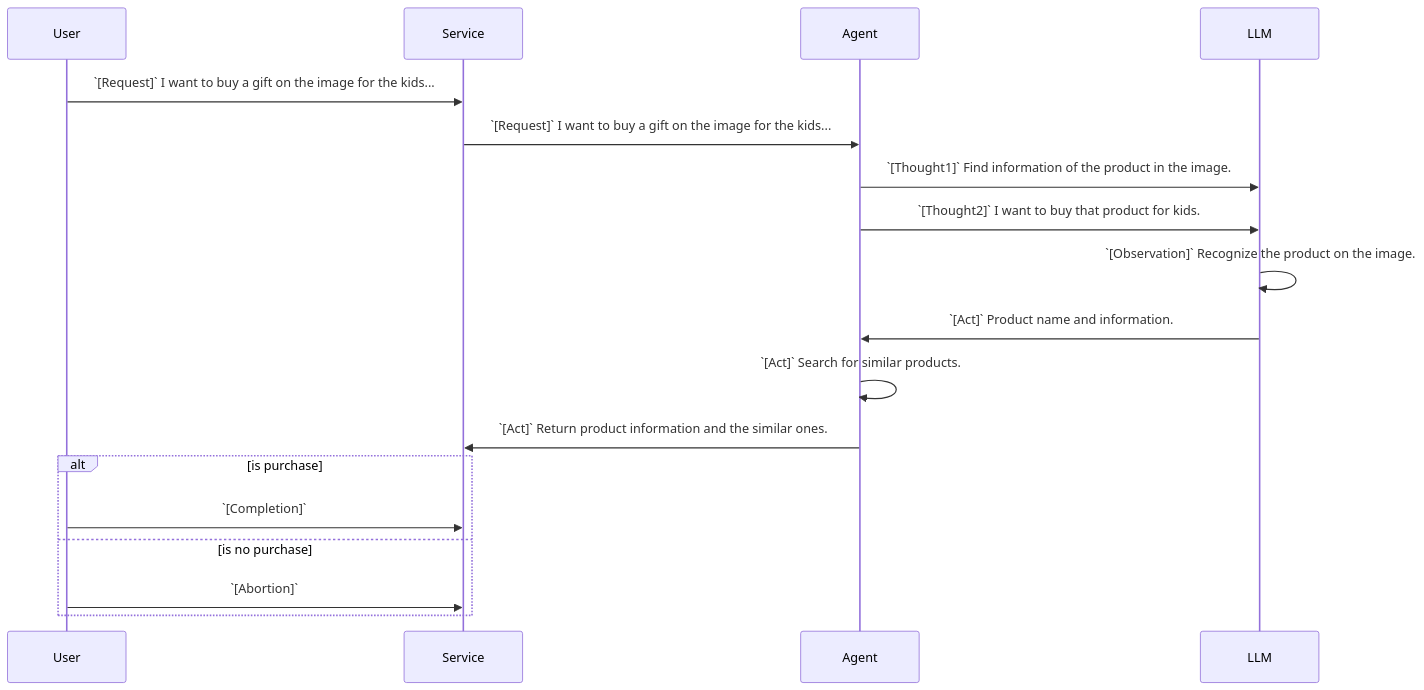
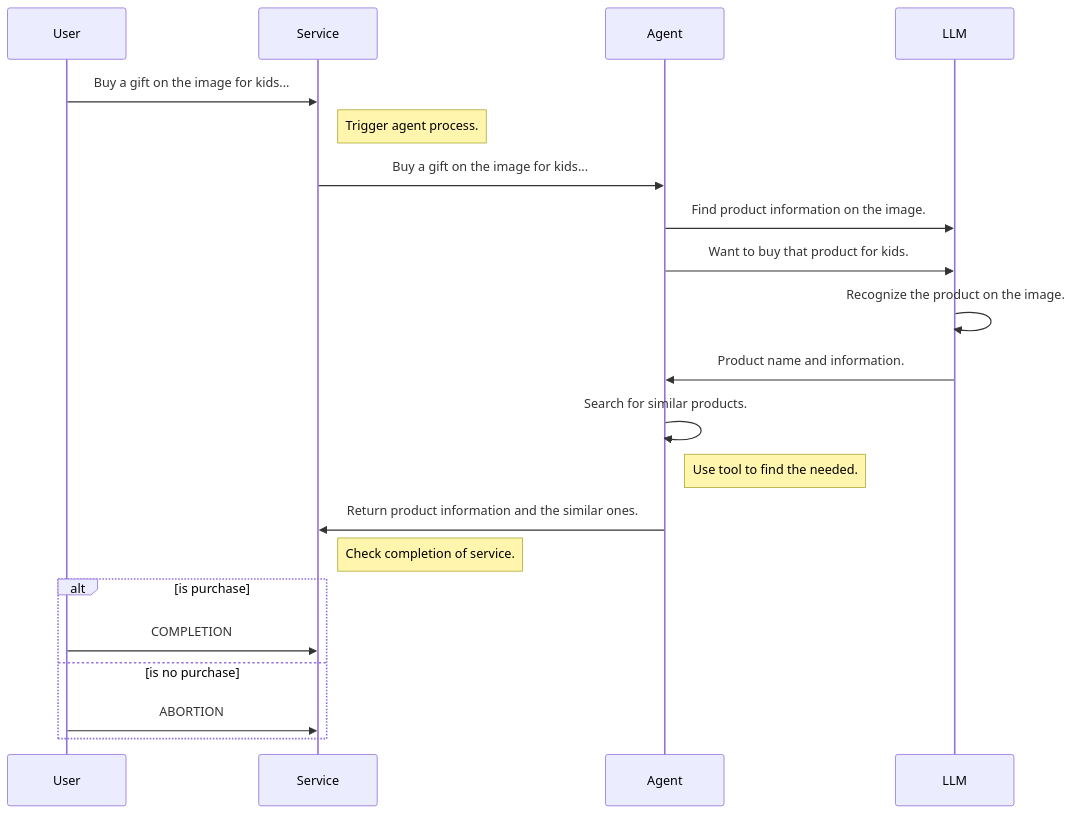
One commit to yueguoguo/yueguoguo.github.io changed the third of 4 diagrams in _posts/2024-11-31-service-as-a-software.md. Above: the diagram before and after it, drawn with Mermaid. The commit also changed other lines of this file, not shown here.

Commit message:
update diagrams

```diff
--- a/_posts/2024-11-31-service-as-a-software.md
+++ b/_posts/2024-11-31-service-as-a-software.md
@@ -179,16 +173,19 @@
 <div class="mermaid">
 sequenceDiagram
-    User->>Service: `[Request]` I want to buy a gift on the image for the kids...
-    Service->>Agent: `[Request]` I want to buy a gift on the image for the kids...
-    Agent->>LLM: `[Thought1]` Find information of the product in the image.
-    Agent->>LLM: `[Thought2]` I want to buy that product for kids.
-    LLM->>LLM: `[Observation]` Recognize the product on the image. 
-    LLM->>Agent: `[Act]` Product name and information.
-    Agent->>Agent: `[Act]` Search for similar products.
-    Agent->>Service: `[Act]` Return product information and the similar ones.
+    User->>Service: Buy a gift on the image for kids...
+    Note right of Service: Trigger agent process.
+    Service->>Agent: Buy a gift on the image for kids...
+    Agent->>LLM: Find product information on the image.
+    Agent->>LLM: Want to buy that product for kids.
+    LLM->>LLM: Recognize the product on the image. 
+    LLM->>Agent: Product name and information.
+    Agent->>Agent: Search for similar products.
+    Note right of Agent: Use tool to find the needed.
+    Agent->>Service: Return product information and the similar ones.
+    Note right of Service: Check completion of service.
     alt is purchase
-        User->>Service: `[Completion]`
+        User->>Service: COMPLETION
     else is no purchase
-        User->>Service: `[Abortion]`
+        User->>Service: ABORTION
     end
 </div>
```
